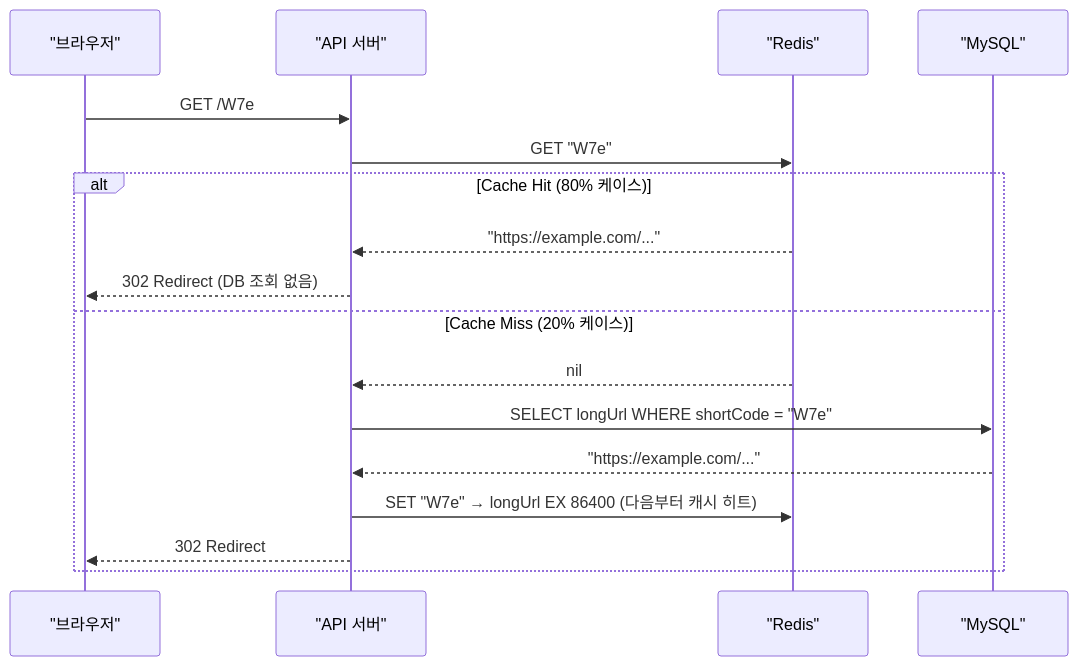
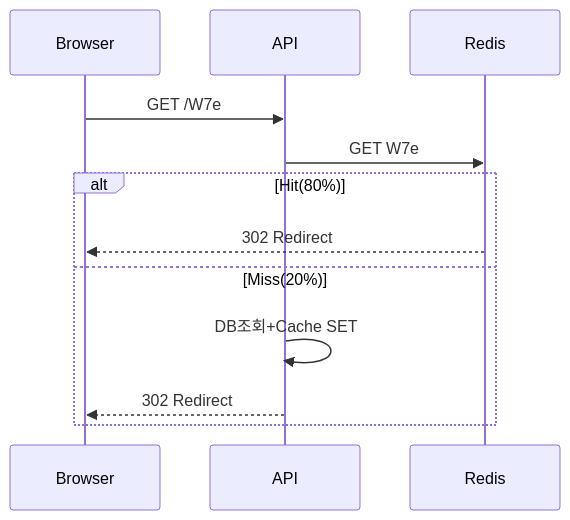
Before and after one commit to yjkim2015/yjkim2015.github.io: the fourth of 8 diagrams in _posts/systemdesign/2026-05-02-system-design-url-shortener.md, drawn with Mermaid. The commit also changed other lines of this file and 215 other files, not shown here.

First line of the commit message:
신규 포스트 10개 추가 + Mermaid 전면 축소 + SystemDesign 시리즈 보강

````diff
--- a/_posts/systemdesign/2026-05-02-system-design-url-shortener.md
+++ b/_posts/systemdesign/2026-05-02-system-design-url-shortener.md
@@ -152,20 +147,14 @@
 ```mermaid
 sequenceDiagram
-    participant C as "브라우저"
-    participant API as "API 서버"
-    participant Cache as "Redis"
-    participant DB as "MySQL"
-
+    participant C as Browser
+    participant API
+    participant Cache as Redis
     C->>API: GET /W7e
-    API->>Cache: GET "W7e"
-    alt Cache Hit (80% 케이스)
-        Cache-->>API: "https://example.com/..."
-        API-->>C: 302 Redirect (DB 조회 없음)
-    else Cache Miss (20% 케이스)
-        Cache-->>API: nil
-        API->>DB: SELECT longUrl WHERE shortCode = "W7e"
-        DB-->>API: "https://example.com/..."
-        API->>Cache: SET "W7e" → longUrl EX 86400 (다음부터 캐시 히트)
+    API->>Cache: GET W7e
+    alt Hit(80%)
+        Cache-->>C: 302 Redirect
+    else Miss(20%)
+        API->>API: DB조회+Cache SET
         API-->>C: 302 Redirect
     end
 ```
````
